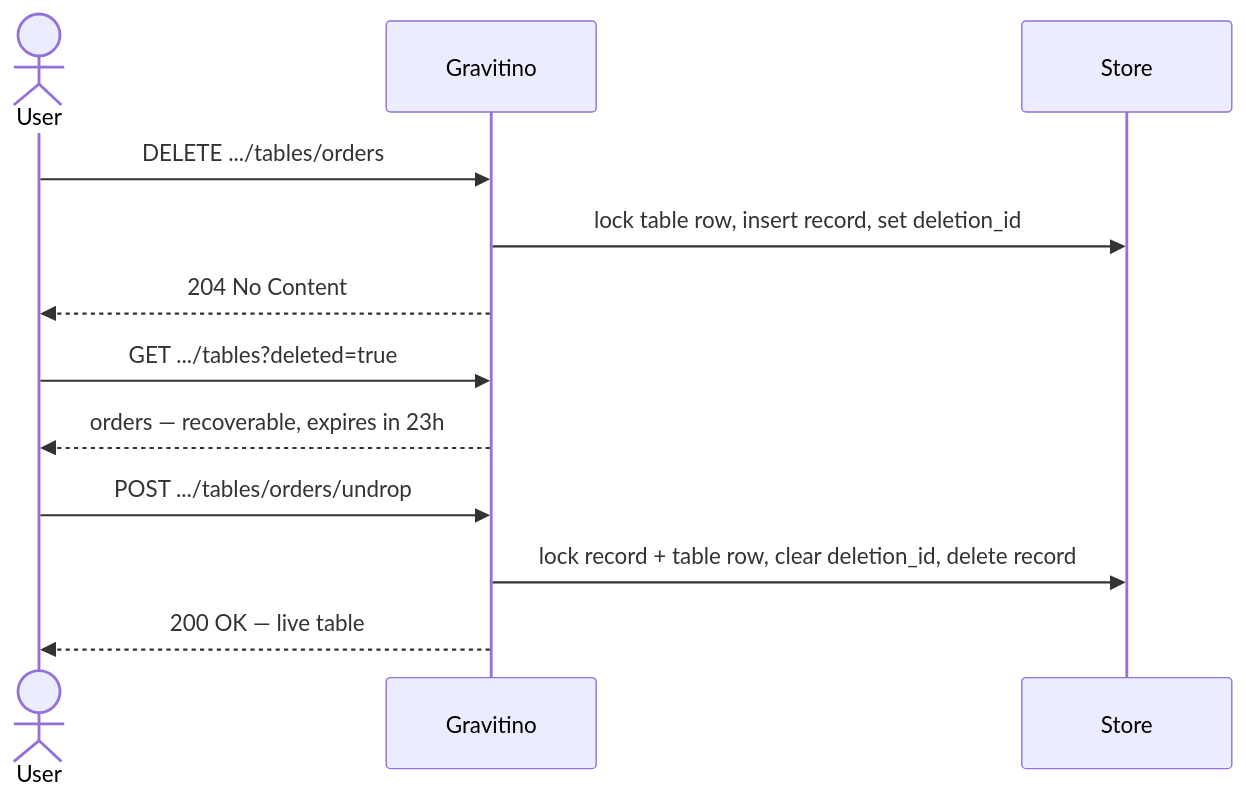
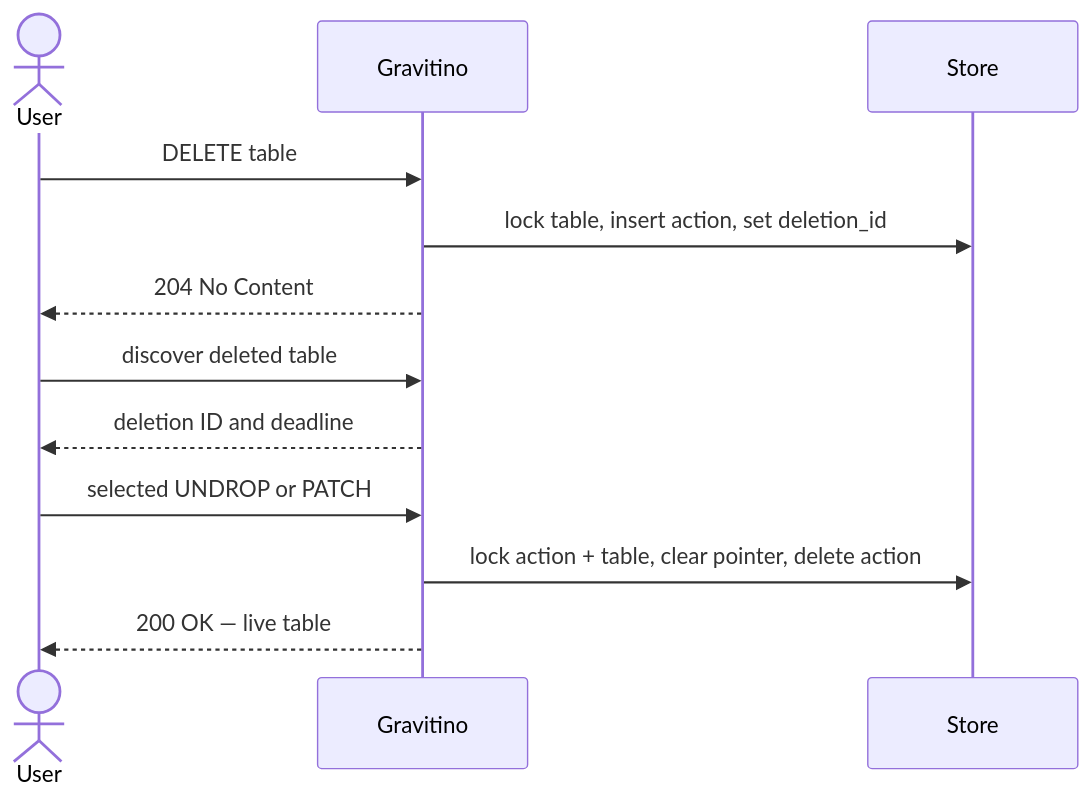
Before and after one commit to apache/gravitino: the fourth of 5 diagrams in design-docs/deletion-v2/iceberg-table-soft-deletion.md, drawn with Mermaid. The commit also changed other lines of this file, not shown here.

Commit message:
docs: refine Iceberg soft-deletion design

````diff
--- a/design-docs/deletion-v2/iceberg-table-soft-deletion.md
+++ b/design-docs/deletion-v2/iceberg-table-soft-deletion.md
@@ -378,14 +413,14 @@
 ```mermaid
 sequenceDiagram
     actor U as User
     participant G as Gravitino
     participant S as Store
-    U->>G: DELETE .../tables/orders
-    G->>S: lock table row, insert record, set deletion_id
+    U->>G: DELETE table
+    G->>S: lock table, insert action, set deletion_id
     G-->>U: 204 No Content
-    U->>G: GET .../tables?deleted=true
-    G-->>U: orders — recoverable, expires in 23h
-    U->>G: POST .../tables/orders/undrop
-    G->>S: lock record + table row, clear deletion_id, delete record
+    U->>G: discover deleted table
+    G-->>U: deletion ID and deadline
+    U->>G: selected UNDROP or PATCH
+    G->>S: lock action + table, clear pointer, delete action
     G-->>U: 200 OK — live table
 ```
````
